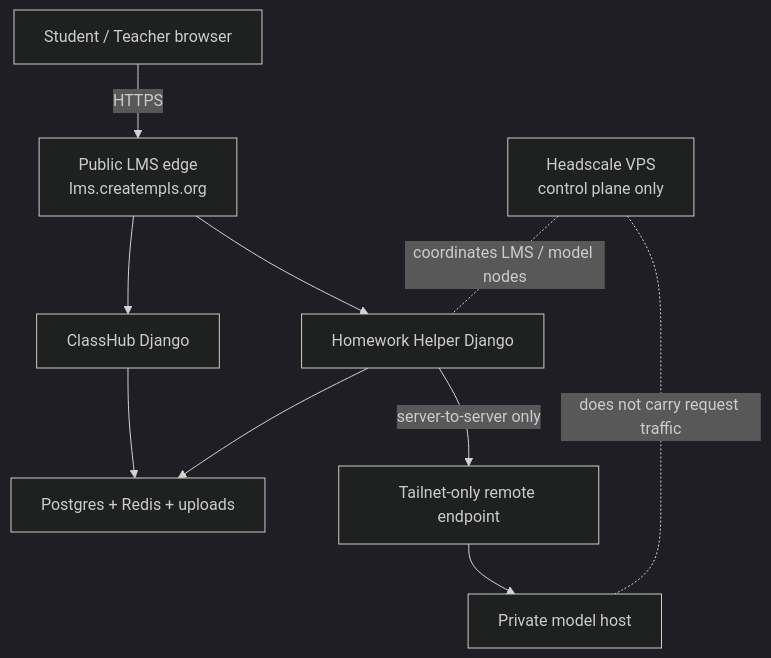
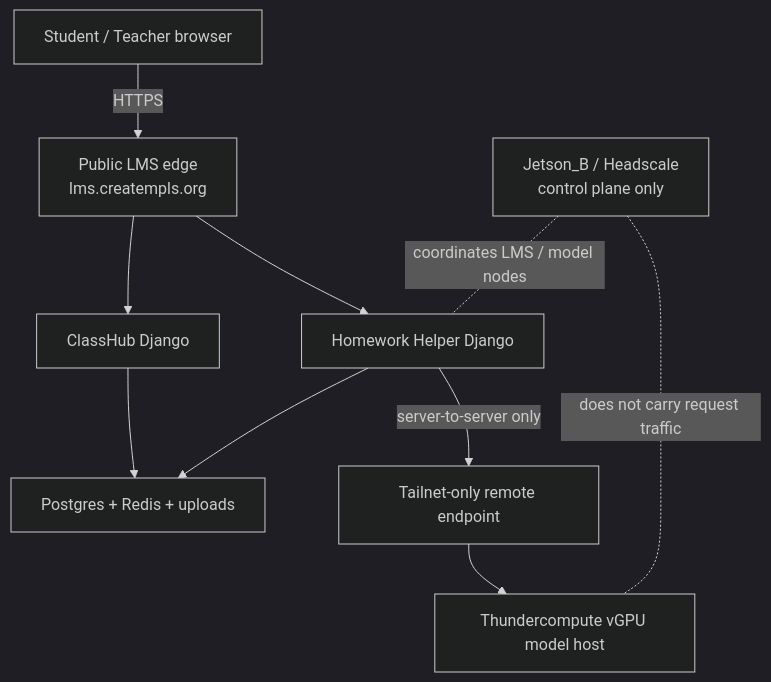
One commit to bseverns/classhub changed the diagram in press/architecture.md. Above: the diagram before and after it, drawn with Mermaid (dark theme). The commit also changed 32 other files, not shown here.

Commit message:
Jetson-B headscale role

````diff
--- a/press/architecture.md
+++ b/press/architecture.md
@@ -17,21 +17,21 @@
 ```mermaid
 flowchart TB
   Browser["Student / Teacher browser"]
   Edge["Public LMS edge<br/>lms.creatempls.org"]
   Hub["ClassHub Django"]
   Helper["Homework Helper Django"]
   Data["Postgres + Redis + uploads"]
   Tail["Tailnet-only remote endpoint"]
-  Model["Private model host"]
-  Headscale["Headscale VPS<br/>control plane only"]
+  Model["Thundercompute vGPU model host"]
+  Headscale["Jetson_B / Headscale<br/>control plane only"]
 
   Browser -->|HTTPS| Edge
   Edge --> Hub
   Edge --> Helper
   Hub --> Data
   Helper --> Data
   Helper -->|server-to-server only| Tail
   Tail --> Model
   Headscale -. coordinates LMS / model nodes .- Helper
   Headscale -. does not carry request traffic .- Model
 ```
````
